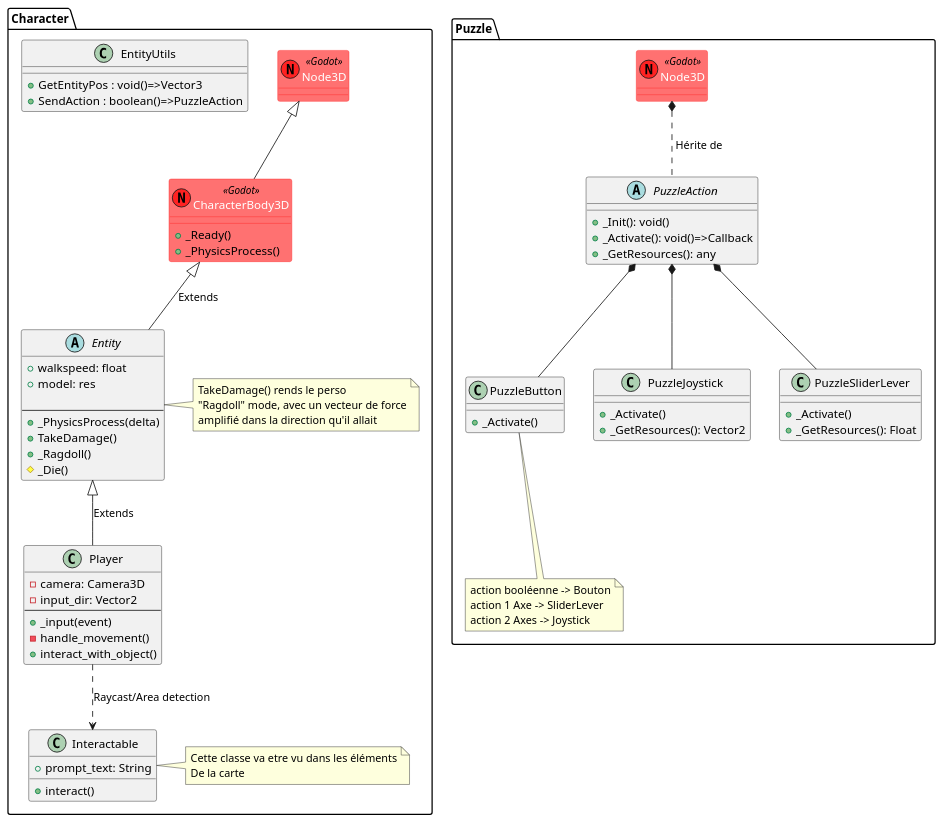
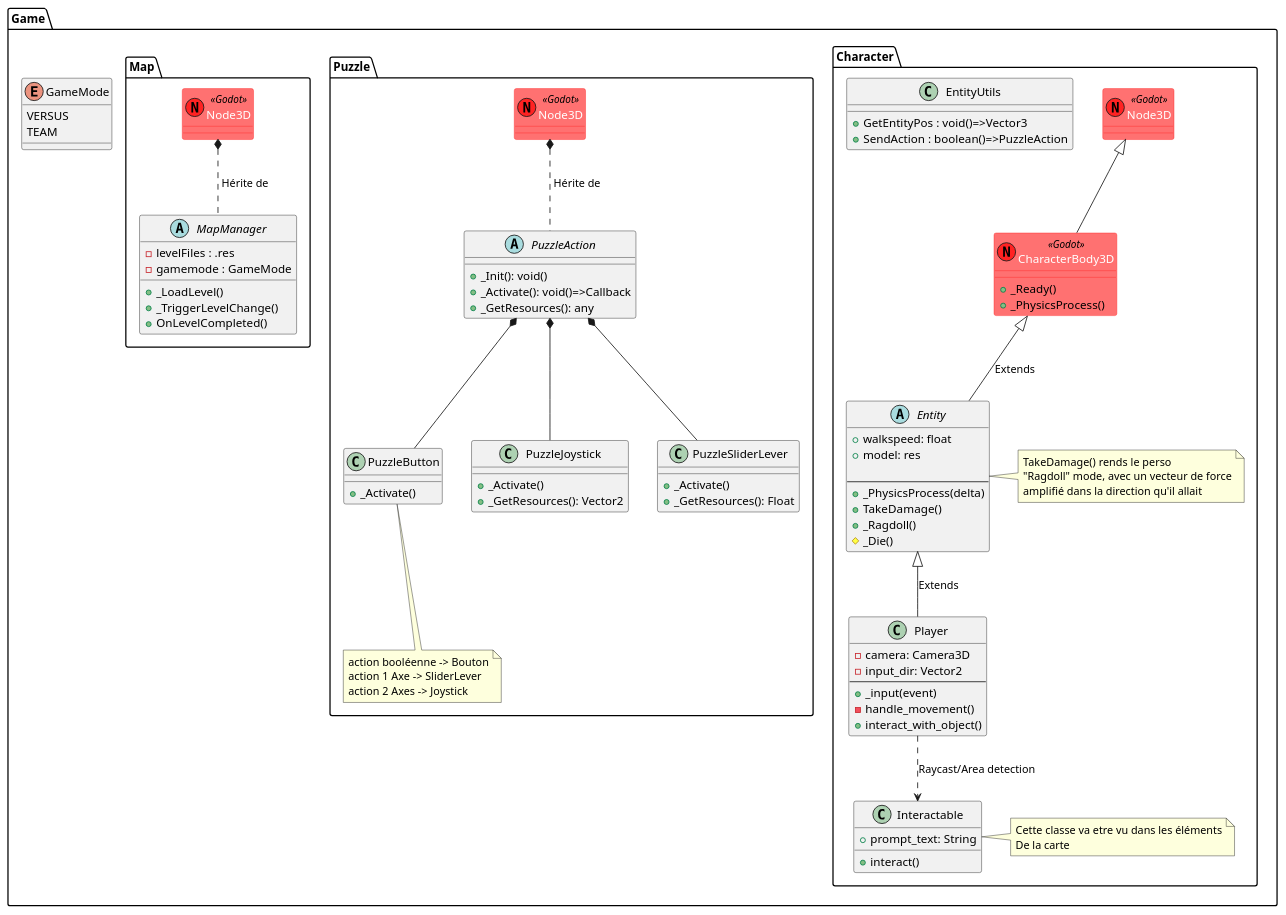
The diagram in docs/diagrammes/class.puml (EaglesView/C61-The-Mountain), drawn with PlantUML before and after one commit.

Commit message:
Faulty Commit preceding

```diff
--- a/docs/diagrammes/class.puml
+++ b/docs/diagrammes/class.puml
@@ -1,106 +1,122 @@
 @startuml
 ' --- Styliser les Classes Godot Hérités---
 skinparam componentStyle uml2
 skinparam class {
     BackgroundColor<<Godot>> #FF7171
     BorderColor<<Godot>> #FF2222
     FontColor<<Godot>> #FFFFFF
 }
 
+package Game {
+    enum GameMode {
+        VERSUS
+        TEAM
+        
+    }
+    package Character {
 
-package Character {
+        ' --- Nodes Godot de base ---
+        class Node3D << (N,#FF2222) Godot >>
+        class CharacterBody3D << (N,#FF2222) Godot >> {
+            + _Ready()
+            + _PhysicsProcess()
+        }
 
-    ' --- Nodes Godot de base ---
-    class Node3D << (N,#FF2222) Godot >>
-    class CharacterBody3D << (N,#FF2222) Godot >> {
-        + _Ready()
-        + _PhysicsProcess()
+        ' --- Classes ---
+        abstract class Entity {
+            + walkspeed: float
+            + model: res
+
+            --
+            + _PhysicsProcess(delta)
+            + TakeDamage()
+            + _Ragdoll()
+            # _Die()
+        }
+
+        class Player {
+            - camera: Camera3D
+            - input_dir: Vector2
+            --
+            + _input(event)
+            - handle_movement()
+            + interact_with_object()
+        }
+
+        ' --- World Objects ---
+        class Interactable {
+            + prompt_text: String
+            + interact()
+        }
+
+        note right of Interactable
+            Cette classe va etre vu dans les éléments
+            De la carte
+        end note
+
+
+        static class EntityUtils {
+            + GetEntityPos : void()=>Vector3
+            + SendAction : boolean()=>PuzzleAction
+
+        }
+
+        ' --- Hierarchy Relationships ---
+        Node3D <|-- CharacterBody3D
+        CharacterBody3D <|-- Entity : "Extends"
+        Entity <|-- Player : "Extends"
+
+        Player ..> Interactable : "Raycast/Area detection"
+
+        note right of Entity
+            TakeDamage() rends le perso
+            "Ragdoll" mode, avec un vecteur de force
+            amplifié dans la direction qu'il allait
+        end note
     }
 
-    ' --- Classes ---
-    abstract class Entity {
-        + walkspeed: float
-        + model: res
+    package Puzzle {
+        class Node3D << (N,#FF2222) Godot >>
+        abstract class PuzzleAction {
+            + _Init(): void()
+            + _Activate(): void()=>Callback
+            + _GetResources(): any
 
-        --
-        + _PhysicsProcess(delta)
-        + TakeDamage()
-        + _Ragdoll()
-        # _Die()
-    }
-
-    class Player {
-        - camera: Camera3D
-        - input_dir: Vector2
-        --
-        + _input(event)
-        - handle_movement()
-        + interact_with_object()
-    }
-
-    ' --- World Objects ---
-    class Interactable {
-        + prompt_text: String
-        + interact()
-    }
-
-    note right of Interactable
-        Cette classe va etre vu dans les éléments
-        De la carte
-    end note
-
-
-    static class EntityUtils {
-        + GetEntityPos : void()=>Vector3
-        + SendAction : boolean()=>PuzzleAction
+        }
+        class PuzzleButton {
+            + _Activate()
+        }
+        class PuzzleJoystick {
+            + _Activate()
+            + _GetResources(): Vector2
+        }
+        class PuzzleSliderLever {
+            + _Activate()
+            + _GetResources(): Float
+        }
+        Node3D *.. PuzzleAction : " Hérite de"
+        PuzzleAction *-- PuzzleButton
+        PuzzleAction *-- PuzzleJoystick
+        PuzzleAction *-- PuzzleSliderLever
+        note bottom of PuzzleButton
+            action booléenne -> Bouton
+            action 1 Axe -> SliderLever
+            action 2 Axes -> Joystick
+        end note
 
     }
-
-    ' --- Hierarchy Relationships ---
-    Node3D <|-- CharacterBody3D
-    CharacterBody3D <|-- Entity : "Extends"
-    Entity <|-- Player : "Extends"
-
-    Player ..> Interactable : "Raycast/Area detection"
-
-    note right of Entity
-        TakeDamage() rends le perso
-        "Ragdoll" mode, avec un vecteur de force
-        amplifié dans la direction qu'il allait
-    end note
-}
-
-package Puzzle {
-    class Node3D << (N,#FF2222) Godot >>
-    abstract class PuzzleAction {
-        + _Init(): void()
-        + _Activate(): void()=>Callback
-        + _GetResources(): any
-
+    package Map {
+        class Node3D << (N,#FF2222) Godot >>
+        abstract class MapManager {
+            - levelFiles : .res
+            - gamemode : GameMode
+            + _LoadLevel()
+            + _TriggerLevelChange()
+            + OnLevelCompleted()
+        }
+        Node3D *.. MapManager : " Hérite de"
     }
-    class PuzzleButton {
-        + _Activate()
-    }
-    class PuzzleJoystick {
-        + _Activate()
-        + _GetResources(): Vector2
-    }
-    class PuzzleSliderLever {
-        + _Activate()
-        + _GetResources(): Float
-    }
-    Node3D *.. PuzzleAction : " Hérite de"
-    PuzzleAction *-- PuzzleButton
-    PuzzleAction *-- PuzzleJoystick
-    PuzzleAction *-- PuzzleSliderLever
-    note bottom of PuzzleButton
-        action booléenne -> Bouton
-        action 1 Axe -> SliderLever
-        action 2 Axes -> Joystick
-    end note
 
 }
 
-
-
 @enduml
```
